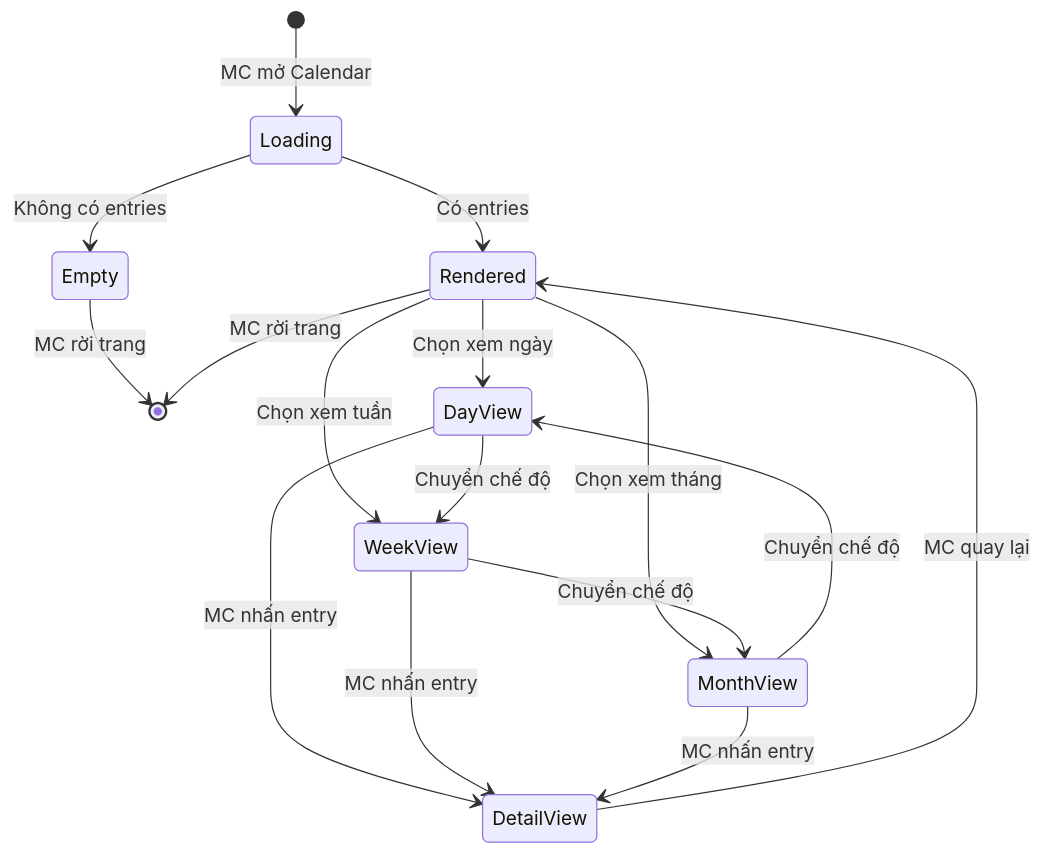
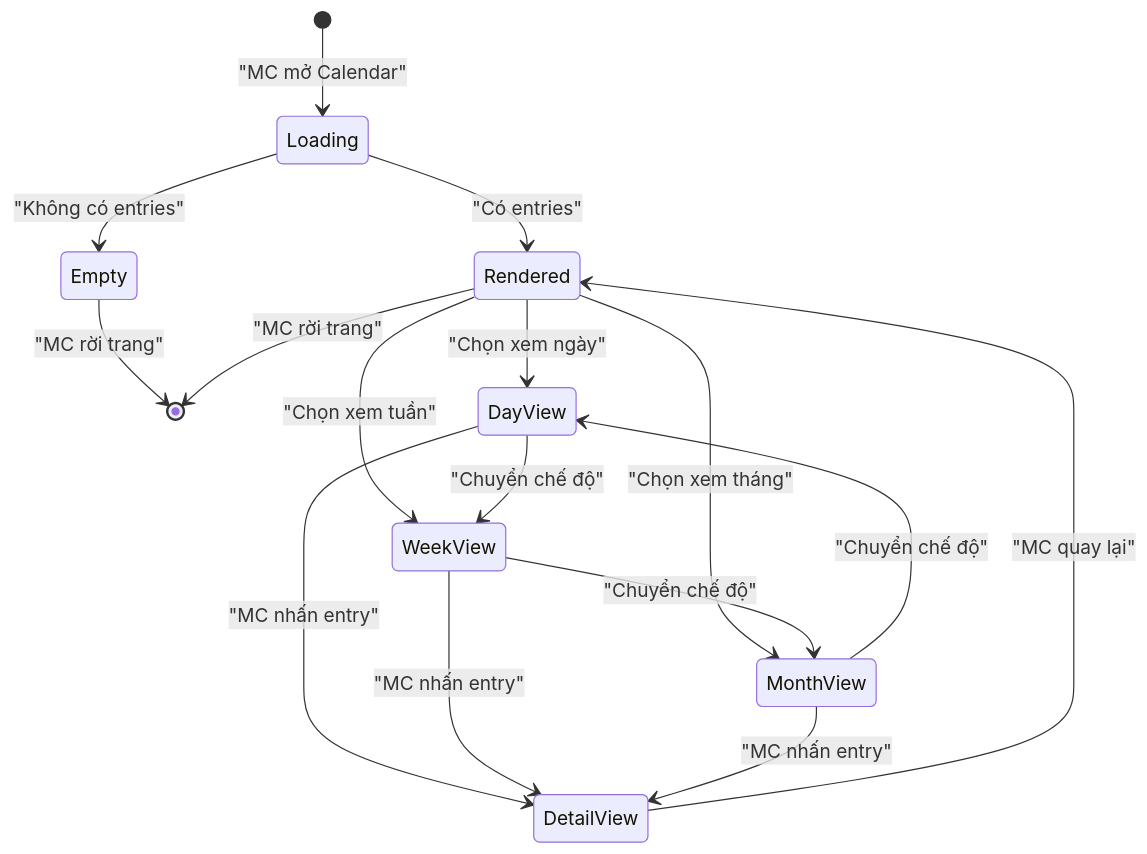
Diagram 13 of 51 in UC_Diagrams.md (dat-21/SWD392), drawn with Mermaid before and after one commit. The commit also changed other lines of this file and 2 other files, not shown here.

Commit message:
style: Standardize Mermaid state diagram transition label formatting by adding quotes and a space before the colon.

````diff
--- a/UC_Diagrams.md
+++ b/UC_Diagrams.md
@@ -468,18 +468,18 @@
 ```mermaid
 stateDiagram-v2
-    [*] --> Loading: MC mở Calendar
-    Loading --> Empty: Không có entries
-    Loading --> Rendered: Có entries
-    Empty --> [*]: MC rời trang
-    Rendered --> DayView: Chọn xem ngày
-    Rendered --> WeekView: Chọn xem tuần
-    Rendered --> MonthView: Chọn xem tháng
-    DayView --> DetailView: MC nhấn entry
-    WeekView --> DetailView: MC nhấn entry
-    MonthView --> DetailView: MC nhấn entry
-    DetailView --> Rendered: MC quay lại
-    DayView --> WeekView: Chuyển chế độ
-    WeekView --> MonthView: Chuyển chế độ
-    MonthView --> DayView: Chuyển chế độ
-    Rendered --> [*]: MC rời trang
+    [*] --> Loading : "MC mở Calendar"
+    Loading --> Empty : "Không có entries"
+    Loading --> Rendered : "Có entries"
+    Empty --> [*] : "MC rời trang"
+    Rendered --> DayView : "Chọn xem ngày"
+    Rendered --> WeekView : "Chọn xem tuần"
+    Rendered --> MonthView : "Chọn xem tháng"
+    DayView --> DetailView : "MC nhấn entry"
+    WeekView --> DetailView : "MC nhấn entry"
+    MonthView --> DetailView : "MC nhấn entry"
+    DetailView --> Rendered : "MC quay lại"
+    DayView --> WeekView : "Chuyển chế độ"
+    WeekView --> MonthView : "Chuyển chế độ"
+    MonthView --> DayView : "Chuyển chế độ"
+    Rendered --> [*] : "MC rời trang"
 ```
````
